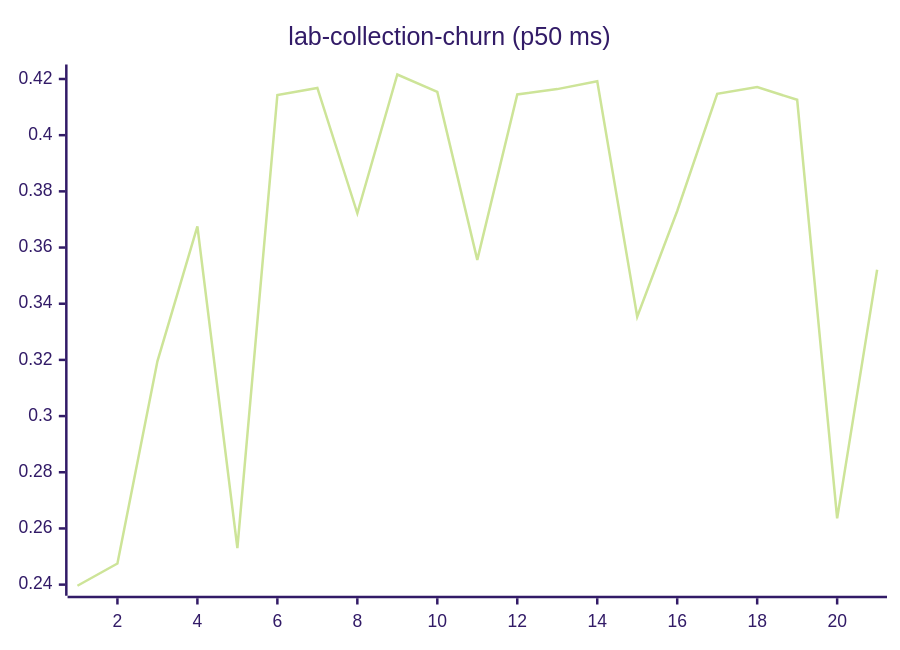
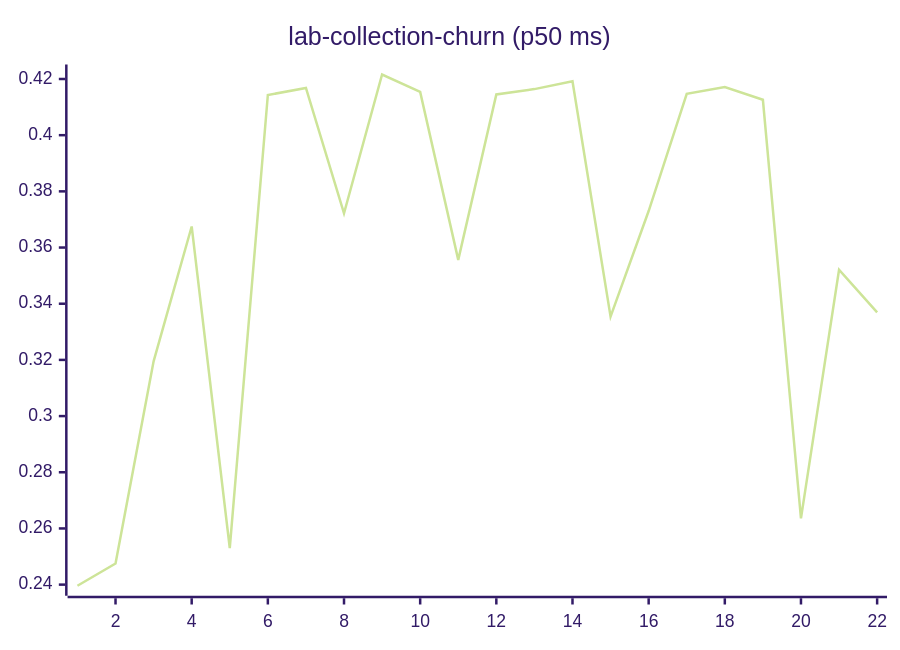
Before and after one commit to josha/Facet: diagram 11 of 27 in README.md, drawn with Mermaid (forest theme). The commit also changed other lines of this file and 2 other files, not shown here.

````diff
--- a/README.md
+++ b/README.md
@@ -133,6 +133,6 @@
 ```mermaid
 xychart-beta
     title "lab-collection-churn (p50 ms)"
-    x-axis 1 --> 21
-    line [0.2396, 0.2475, 0.3195, 0.3675, 0.2530, 0.4143, 0.4168, 0.3722, 0.4216, 0.4154, 0.3556, 0.4145, 0.4164, 0.4192, 0.3354, 0.3730, 0.4147, 0.4171, 0.4126, 0.2636, 0.3521]
+    x-axis 1 --> 22
+    line [0.2396, 0.2475, 0.3195, 0.3675, 0.2530, 0.4143, 0.4168, 0.3722, 0.4216, 0.4154, 0.3556, 0.4145, 0.4164, 0.4192, 0.3354, 0.3730, 0.4147, 0.4171, 0.4126, 0.2636, 0.3521, 0.3369]
 ```
````
